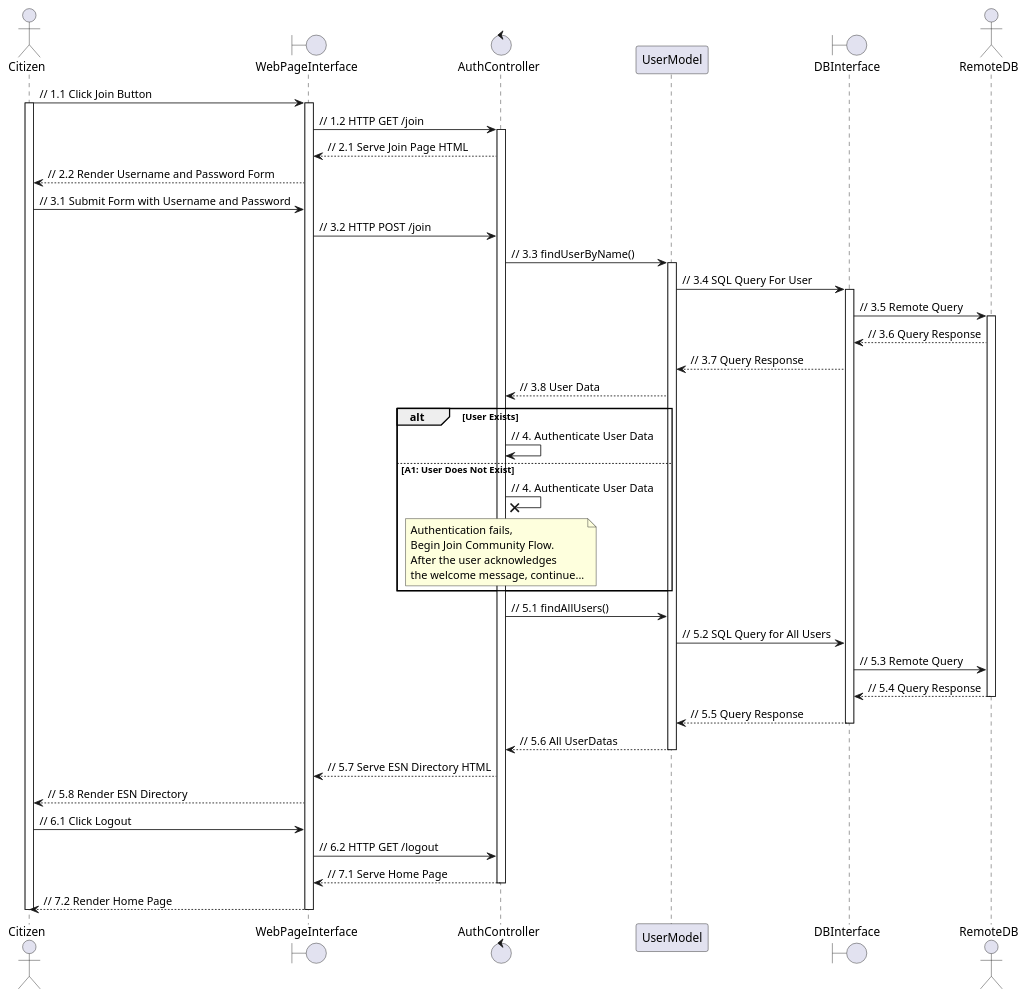
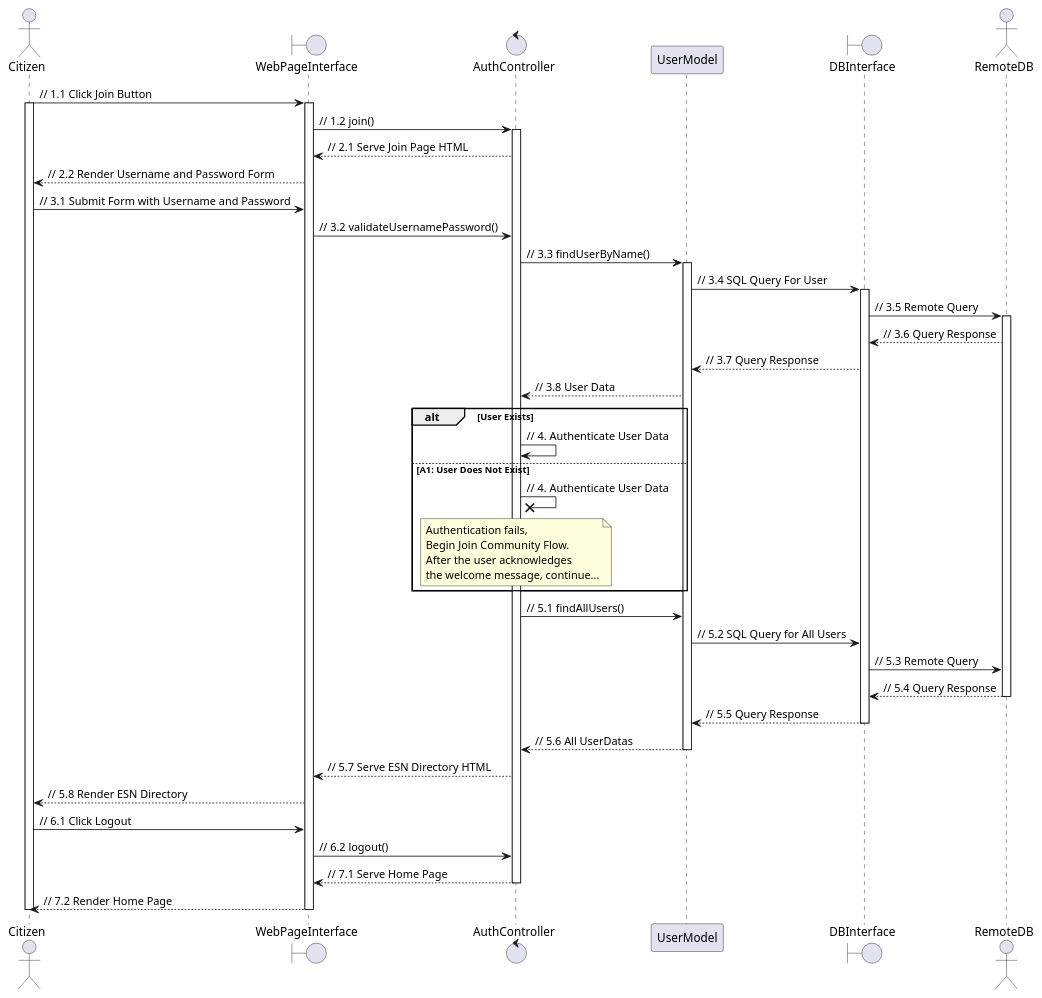
One commit to Lorilandly/ESN changed the diagram in docs/ooa/login-logout/sequence.puml. Above: the diagram before and after it, drawn with PlantUML. The commit also changed 1 other file, not shown here.

```diff
--- a/docs/ooa/login-logout/sequence.puml
+++ b/docs/ooa/login-logout/sequence.puml
@@ -1,64 +1,64 @@
 @startuml
 
 actor Citizen as c
 boundary WebPageInterface as w
 control AuthController as a
 participant UserModel as u
 boundary DBInterface as db
 actor RemoteDB as rdb
 
 c -> w : // 1.1 Click Join Button
 activate c
 activate w
-w -> a : // 1.2 HTTP GET /join
+w -> a : // 1.2 join()
 activate a
 a --> w : // 2.1 Serve Join Page HTML 
 w --> c : // 2.2 Render Username and Password Form
 c -> w : // 3.1 Submit Form with Username and Password
-w -> a : // 3.2 HTTP POST /join
+w -> a : // 3.2 validateUsernamePassword()
 a -> u : // 3.3 findUserByName()
 activate u
 u -> db : // 3.4 SQL Query For User
 activate db
 db -> rdb : // 3.5 Remote Query
 activate rdb
 rdb --> db : // 3.6 Query Response
 db --> u : // 3.7 Query Response
 u --> a : // 3.8 User Data
 
 alt User Exists
 a -> a : // 4. Authenticate User Data
 
 else A1: User Does Not Exist
 
 a ->x a : // 4. Authenticate User Data
 
 note over a
 Authentication fails,
 Begin Join Community Flow.
 After the user acknowledges
 the welcome message, continue...
 end note
 
 end
 
 a -> u : // 5.1 findAllUsers()
 u -> db : // 5.2 SQL Query for All Users
 db -> rdb : // 5.3 Remote Query
 rdb --> db : // 5.4 Query Response
 deactivate rdb
 db --> u : // 5.5 Query Response
 deactivate db
 u --> a : // 5.6 All UserDatas
 deactivate u
 a --> w : // 5.7 Serve ESN Directory HTML
 w --> c : // 5.8 Render ESN Directory
 c -> w : // 6.1 Click Logout
-w -> a : // 6.2 HTTP GET /logout
+w -> a : // 6.2 logout()
 a --> w : // 7.1 Serve Home Page
 deactivate a
 w --> c : // 7.2 Render Home Page
 deactivate w
 deactivate c
 
 @enduml
```
